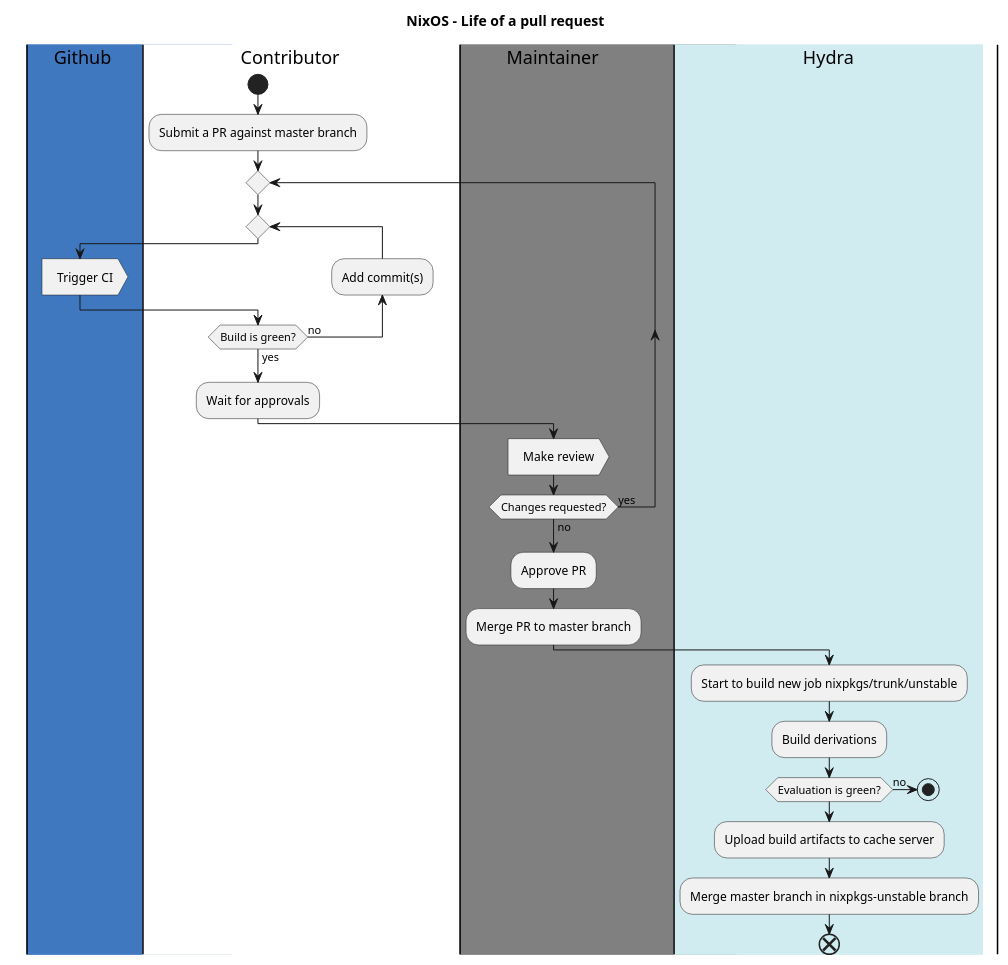
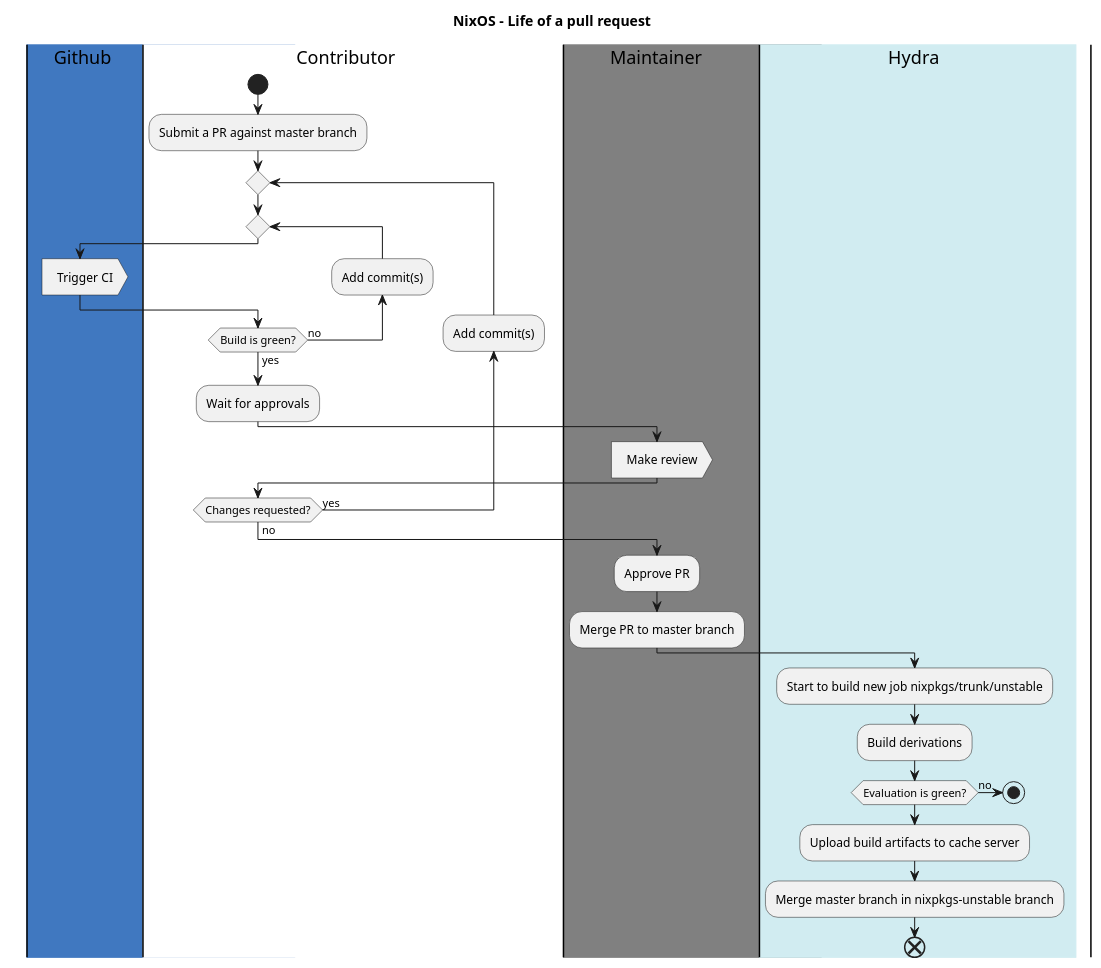
One commit to drupol/nixos-processes changed the diagram in src/life-of-a-pr.plantuml. Above: the diagram before and after it, drawn with PlantUML.

```diff
--- a/src/life-of-a-pr.plantuml
+++ b/src/life-of-a-pr.plantuml
@@ -1,46 +1,48 @@
 @startuml Nixos - Life of a pull request
 skinparam defaultTextAlignment center
 skinparam swimlaneWidth same
 skinparam linetype polyline
 skinparam linetype ortho
 
 title NixOS - Life of a pull request
 
 |#4078c0|Github|
 |#white|Contributor|
 |#grey|Maintainer|
 |#d1ecf1|Hydra|
 
 |Contributor|
 start
   :Submit a PR against master branch;
 
   repeat
     repeat
       backward :Add commit(s);
       |Github|
       :Trigger CI>
       |Contributor|
     repeat while (Build is green?) is (no) not (yes)
     :Wait for approvals;
     |Maintainer|
     :Make review>
+  |Contributor|
+  backward :Add commit(s);
   repeat while (Changes requested?) is (yes) not (no)
   |Maintainer|
   :Approve PR;
 
   |Maintainer|
   :Merge PR to master branch;
 
   |Hydra|
   :Start to build new job nixpkgs/trunk/unstable;
   :Build derivations;
 
   if (Evaluation is green?) is (no) then
   stop
   endif
 
   :Upload build artifacts to cache server;
   :Merge master branch in nixpkgs-unstable branch;
 end
 @enduml
```
